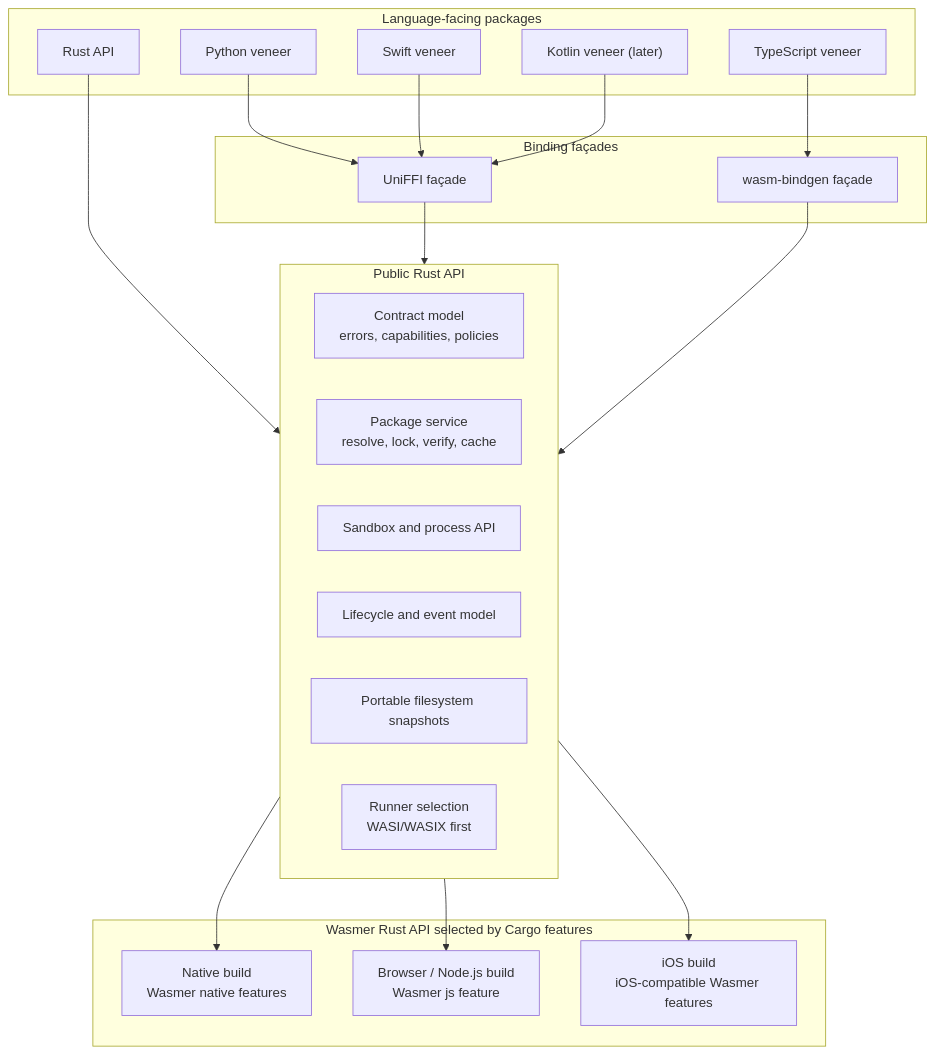
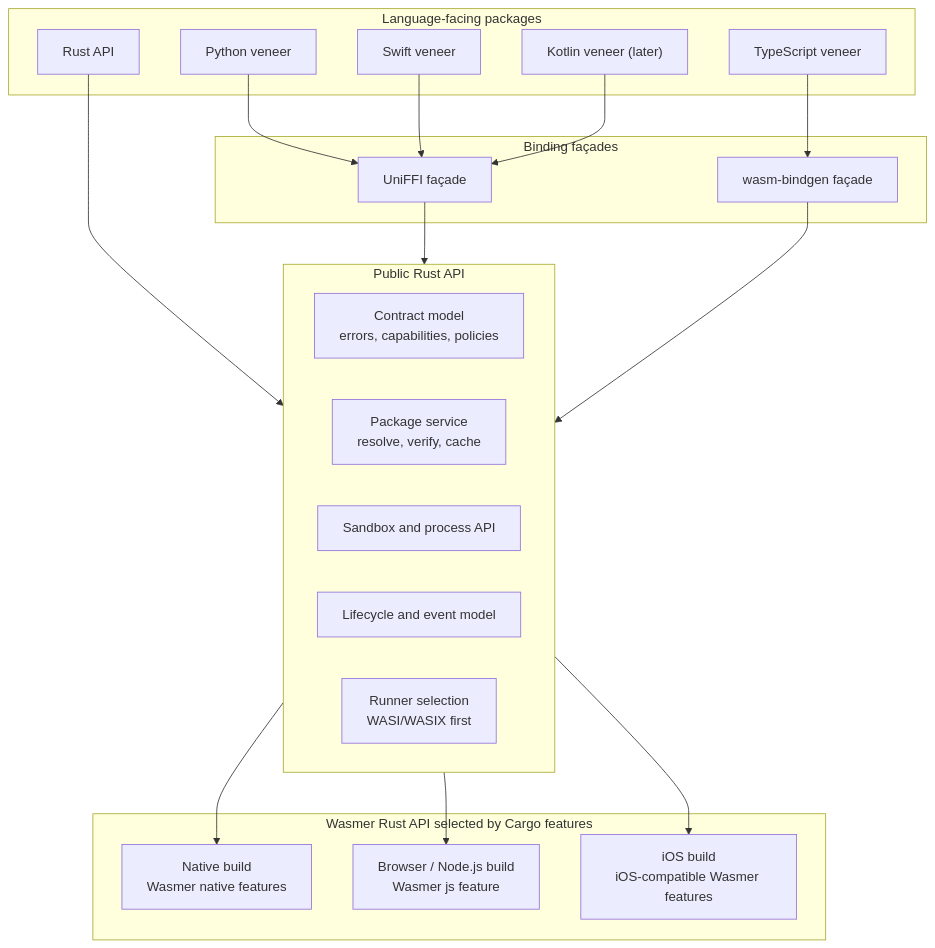
The first of 3 diagrams in docs/phase-1/architecture.md (wasmerio/wasmer-sdk), drawn with Mermaid before and after one commit. The commit also changed other lines of this file and 7 other files, not shown here.

````diff
--- a/docs/phase-1/architecture.md
+++ b/docs/phase-1/architecture.md
@@ -113,41 +113,40 @@
 ```mermaid
 flowchart TB
     subgraph Languages["Language-facing packages"]
         PY["Python veneer"]
         SW["Swift veneer"]
         KT["Kotlin veneer (later)"]
         TS["TypeScript veneer"]
         RS["Rust API"]
     end
 
     subgraph Bindings["Binding façades"]
         UF["UniFFI façade"]
         WB["wasm-bindgen façade"]
     end
 
     subgraph RustAPI["Public Rust API"]
         MODEL["Contract model\nerrors, capabilities, policies"]
-        PKG["Package service\nresolve, lock, verify, cache"]
+        PKG["Package service\nresolve, verify, cache"]
         SANDBOX["Sandbox and process API"]
         LIFE["Lifecycle and event model"]
-        SNAP["Portable filesystem snapshots"]
         RUNNERS["Runner selection\nWASI/WASIX first"]
     end
 
     subgraph Wasmer["Wasmer Rust API selected by Cargo features"]
         SYS["Native build\nWasmer native features"]
         JS["Browser / Node.js build\nWasmer js feature"]
         IOS["iOS build\niOS-compatible Wasmer features"]
     end
 
     PY --> UF
     SW --> UF
     KT --> UF
     TS --> WB
     RS --> RustAPI
     UF --> RustAPI
     WB --> RustAPI
     RustAPI --> SYS
     RustAPI --> JS
     RustAPI --> IOS
 ```
````
